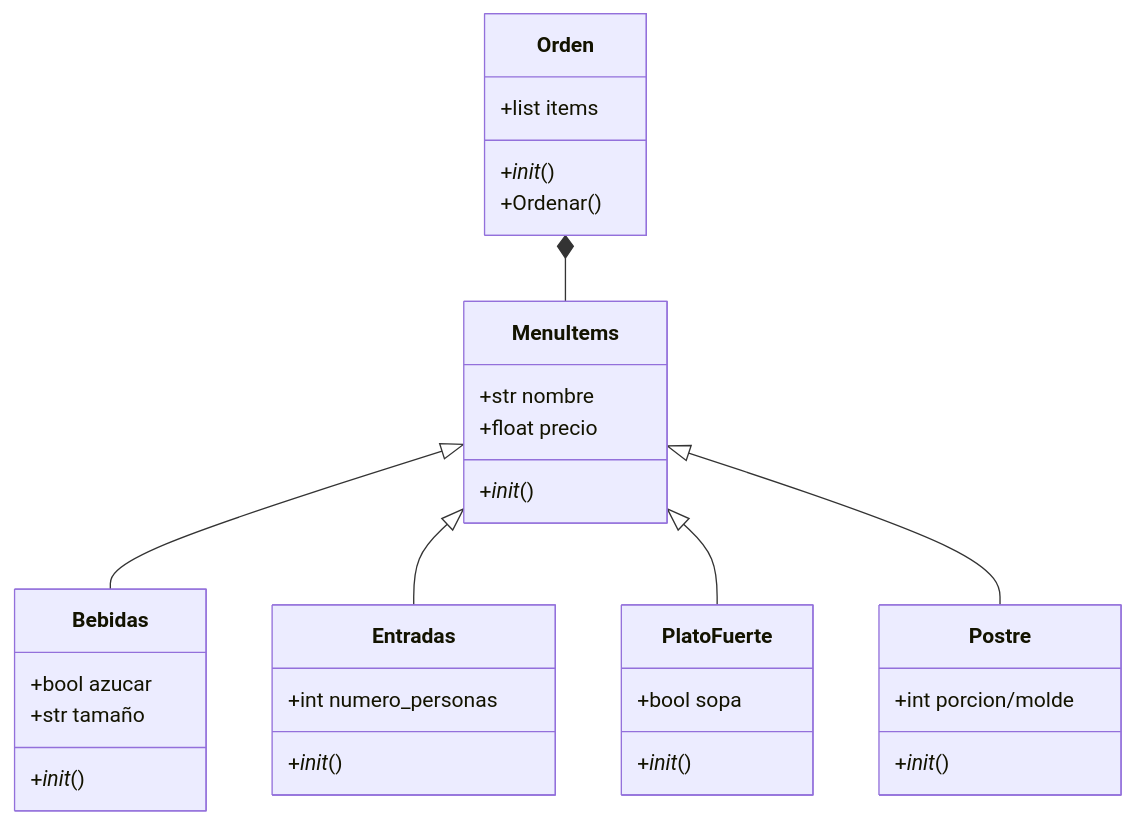
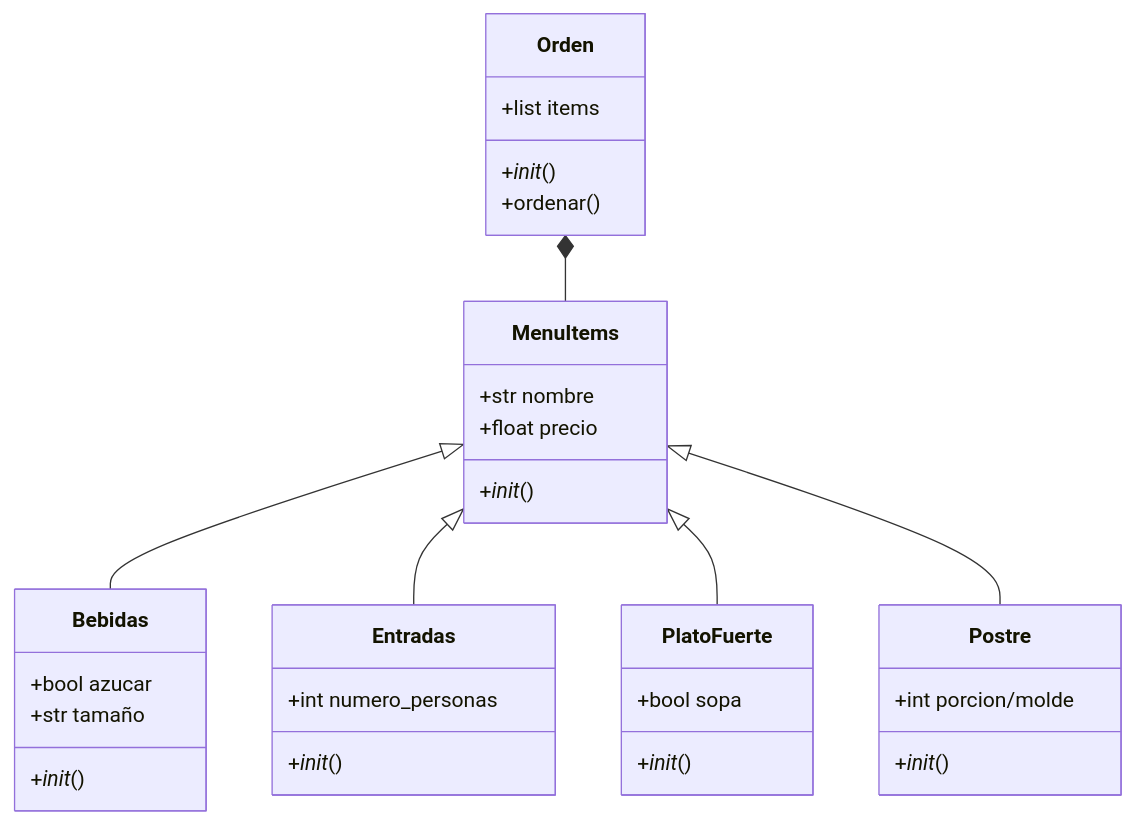
The diagram in Diagrama de clases.md (Taizooavila/Reto_3), drawn with Mermaid before and after one commit.

Commit message:
Update Diagrama de clases.md

````diff
--- a/Diagrama de clases.md
+++ b/Diagrama de clases.md
@@ -3,36 +3,36 @@
 ```mermaid
 classDiagram
 direction TB
   class Orden {
       +list items
       +_init_()
-      +Ordenar()
+      +ordenar()
   }
   class MenuItems{
     +str nombre
       +float precio
       +_init_()
   }
   class Bebidas {
     +bool azucar
       +str tamaño
       +_init_()
   }
   class Entradas {
     +int numero_personas
       +_init_()
   }
   class PlatoFuerte{
       +bool sopa
       +_init_()
   }
   class Postre{
       +int porcion/molde
       +_init_()
   }
   Orden *-- MenuItems
   MenuItems <|-- Bebidas
   MenuItems <|-- Entradas
   MenuItems <|-- PlatoFuerte
   MenuItems <|-- Postre
 ```
````
